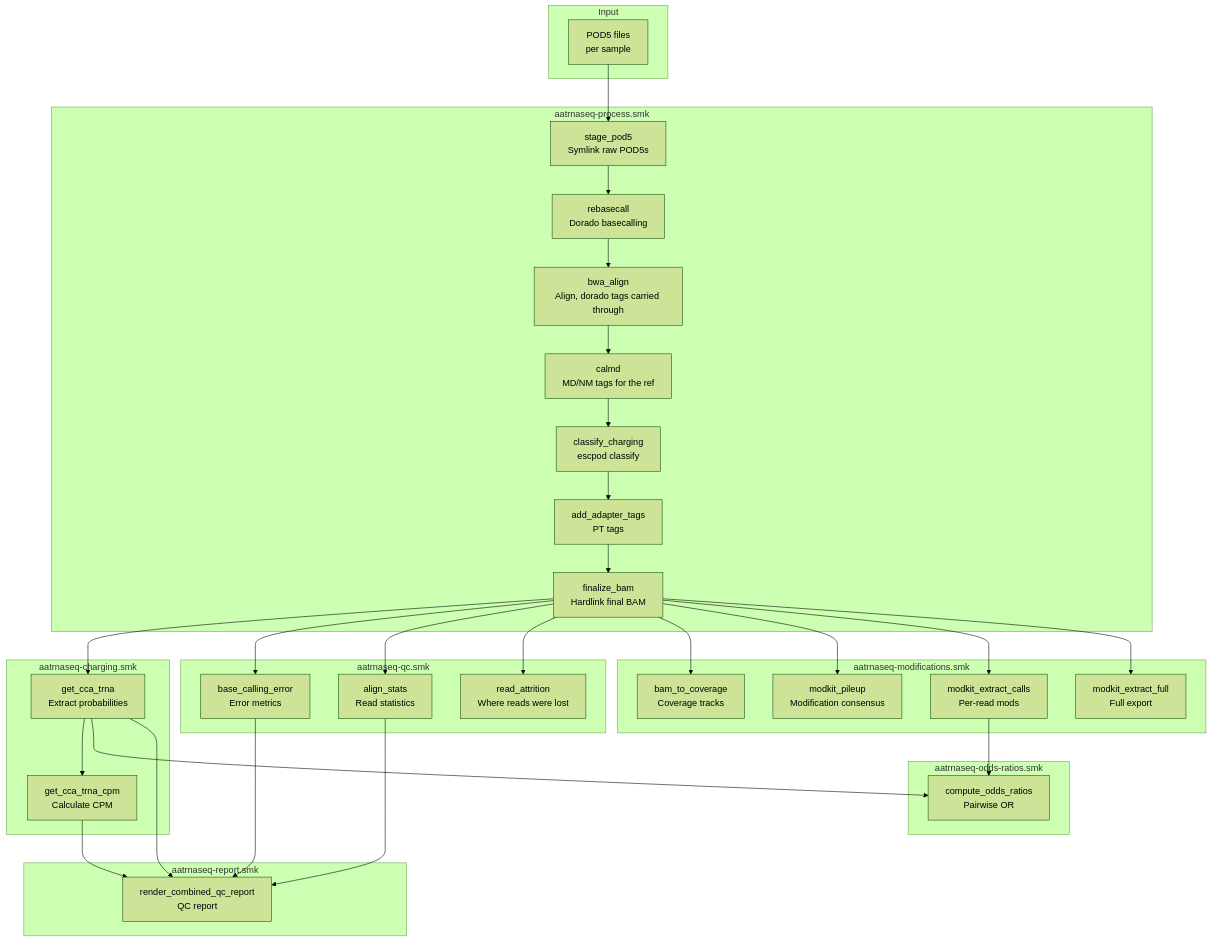
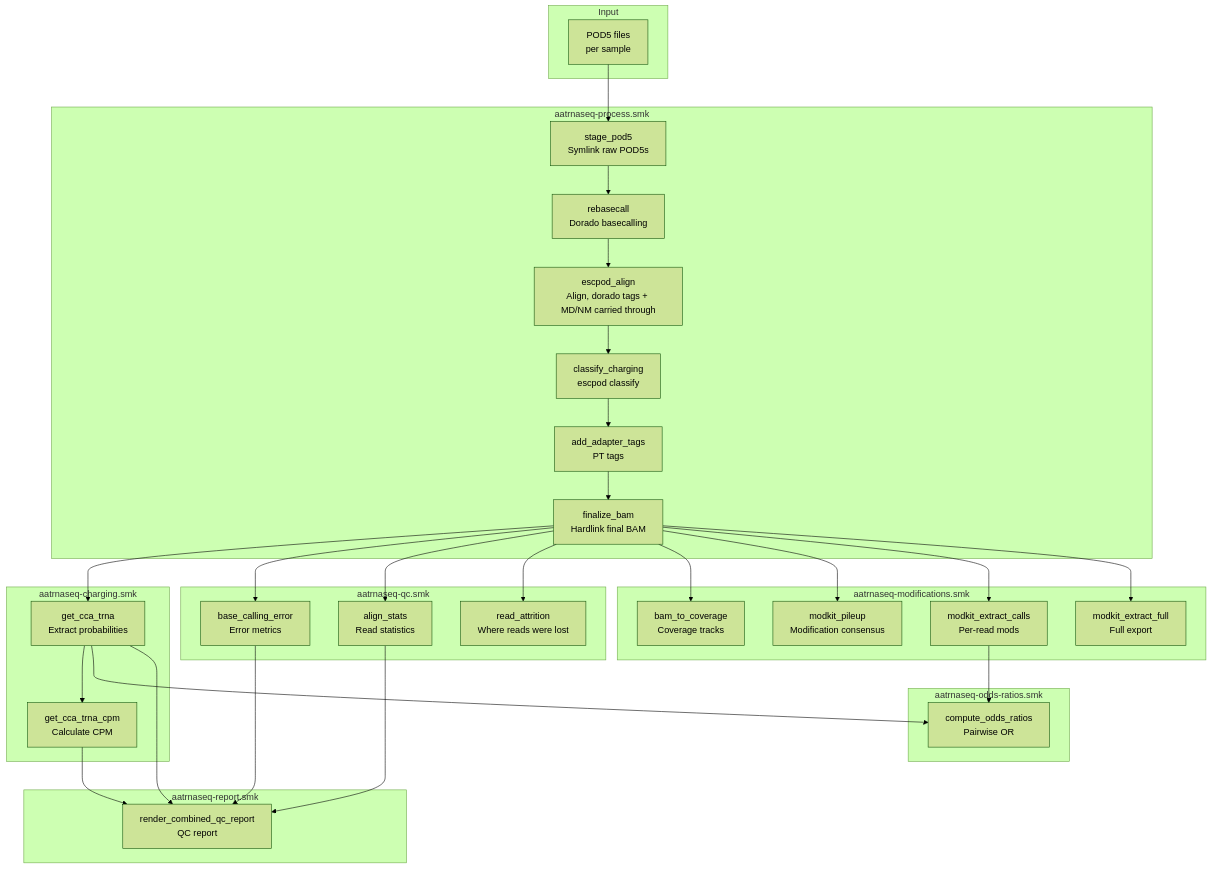
One commit to rnabioco/aa-tRNA-seq-pipeline changed the second of 4 diagrams in docs/workflow/overview.md. Above: the diagram before and after it, drawn with Mermaid (forest theme). The commit also changed other lines of this file and 42 other files, not shown here.

First line of the commit message:
feat(align): replace bwa_align + calmd with escpod align

````diff
--- a/docs/workflow/overview.md
+++ b/docs/workflow/overview.md
@@ -37,59 +37,58 @@
 ```mermaid
 flowchart TB
     subgraph Input
         A[POD5 files<br/>per sample]
     end
 
     subgraph Processing[aatrnaseq-process.smk]
         B[stage_pod5<br/>Symlink raw POD5s]
         C[rebasecall<br/>Dorado basecalling]
-        E[bwa_align<br/>Align, dorado tags carried through]
-        CM[calmd<br/>MD/NM tags for the ref]
+        E[escpod_align<br/>Align, dorado tags + MD/NM carried through]
         F[classify_charging<br/>escpod classify]
         G2[add_adapter_tags<br/>PT tags]
         G3[finalize_bam<br/>Hardlink final BAM]
     end
 
     subgraph Charging[aatrnaseq-charging.smk]
         H[get_cca_trna<br/>Extract probabilities]
         I[get_cca_trna_cpm<br/>Calculate CPM]
     end
 
     subgraph QC[aatrnaseq-qc.smk]
         J[base_calling_error<br/>Error metrics]
         K[align_stats<br/>Read statistics]
         L[read_attrition<br/>Where reads were lost]
     end
 
     subgraph Mods[aatrnaseq-modifications.smk]
         M[bam_to_coverage<br/>Coverage tracks]
         N[modkit_pileup<br/>Modification consensus]
         O[modkit_extract_calls<br/>Per-read mods]
         P[modkit_extract_full<br/>Full export]
     end
 
     subgraph OddsRatios[aatrnaseq-odds-ratios.smk]
         Q[compute_odds_ratios<br/>Pairwise OR]
     end
 
     subgraph Report[aatrnaseq-report.smk]
         R[render_combined_qc_report<br/>QC report]
     end
 
-    A --> B --> C --> E --> CM --> F --> G2 --> G3
+    A --> B --> C --> E --> F --> G2 --> G3
 
     G3 --> H --> I
     G3 --> J
     G3 --> K
     G3 --> L
     G3 --> M
     G3 --> N
     G3 --> O
     G3 --> P
     O --> Q
     H --> Q
     J --> R
     H --> R
     I --> R
     K --> R
 ```
````
